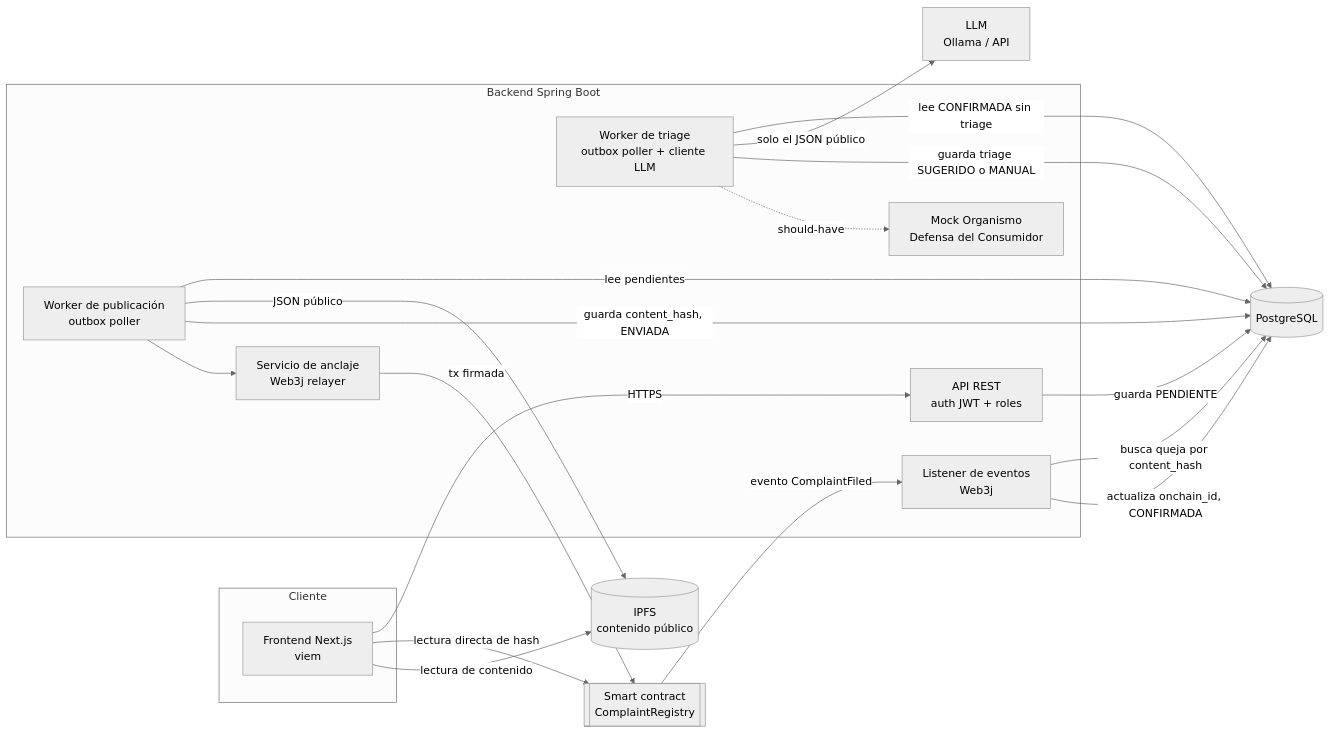
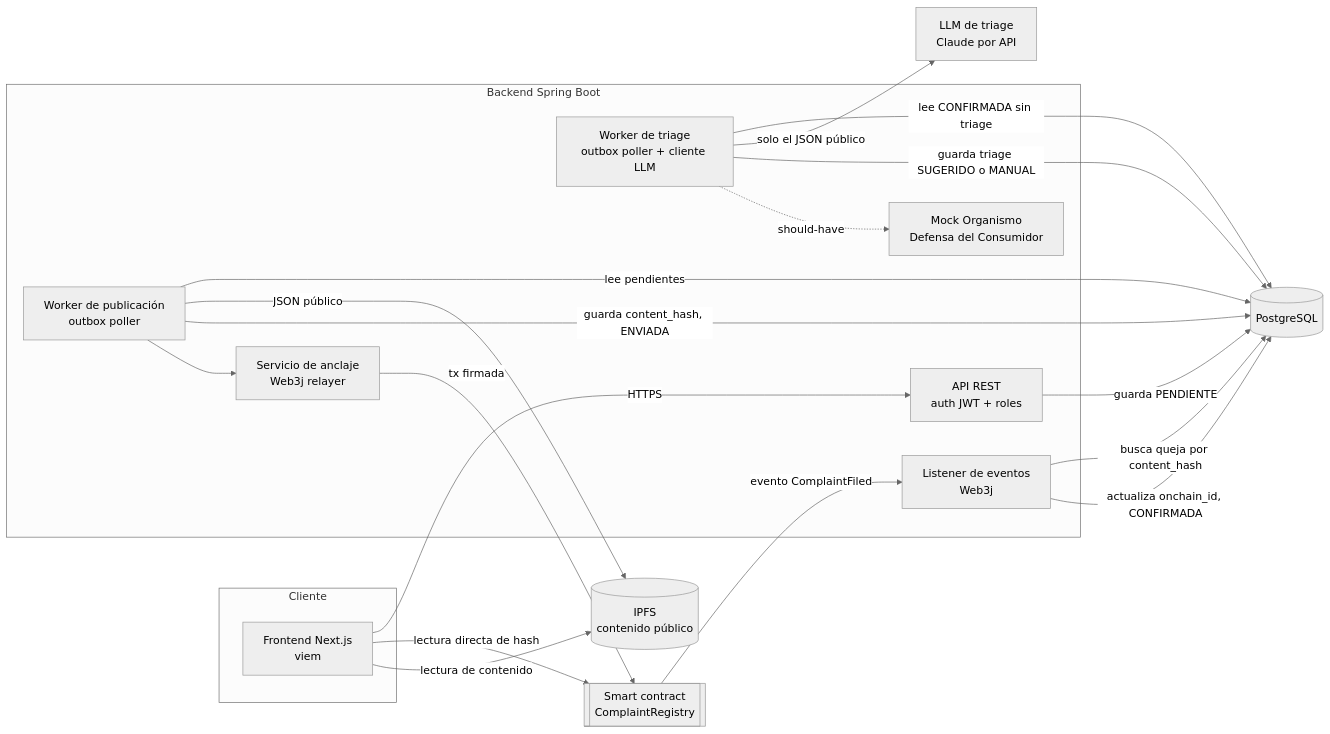
Before and after one commit to dalcorta/AI4Devs-finalproject: the first of 2 diagrams in readme.md, drawn with Mermaid (neutral theme). The commit also changed other lines of this file and 1 other file, not shown here.

Commit message:
Nombrar el SDK oficial de Anthropic como cliente del triage en el readme

````diff
--- a/readme.md
+++ b/readme.md
@@ -112,37 +112,37 @@
 ```mermaid
 flowchart LR
     subgraph Cliente
         FE[Frontend Next.js<br/>viem]
     end
 
     subgraph Backend [Backend Spring Boot]
         API[API REST<br/>auth JWT + roles]
         WRK[Worker de publicación<br/>outbox poller]
         ANC[Servicio de anclaje<br/>Web3j relayer]
         LST[Listener de eventos<br/>Web3j]
         TRI[Worker de triage<br/>outbox poller + cliente LLM]
         MOCK[Mock Organismo<br/>Defensa del Consumidor]
     end
 
     DB[(PostgreSQL)]
     IPFS[(IPFS<br/>contenido público)]
     BC[[Smart contract<br/>ComplaintRegistry]]
-    LLM[LLM<br/>Ollama / API]
+    LLM[LLM de triage<br/>Claude por API]
 
     FE -->|HTTPS| API
     API -->|guarda PENDIENTE| DB
     WRK -->|lee pendientes| DB
     WRK -->|JSON público| IPFS
     WRK -->|guarda content_hash, ENVIADA| DB
     WRK --> ANC
     ANC -->|tx firmada| BC
     BC -->|evento ComplaintFiled| LST
     LST -->|busca queja por content_hash| DB
     LST -->|actualiza onchain_id, CONFIRMADA| DB
     TRI -->|lee CONFIRMADA sin triage| DB
     TRI -->|solo el JSON público| LLM
     TRI -->|guarda triage SUGERIDO o MANUAL| DB
     TRI -.->|should-have| MOCK
     FE -->|lectura directa de hash| BC
     FE -->|lectura de contenido| IPFS
 ```
````
